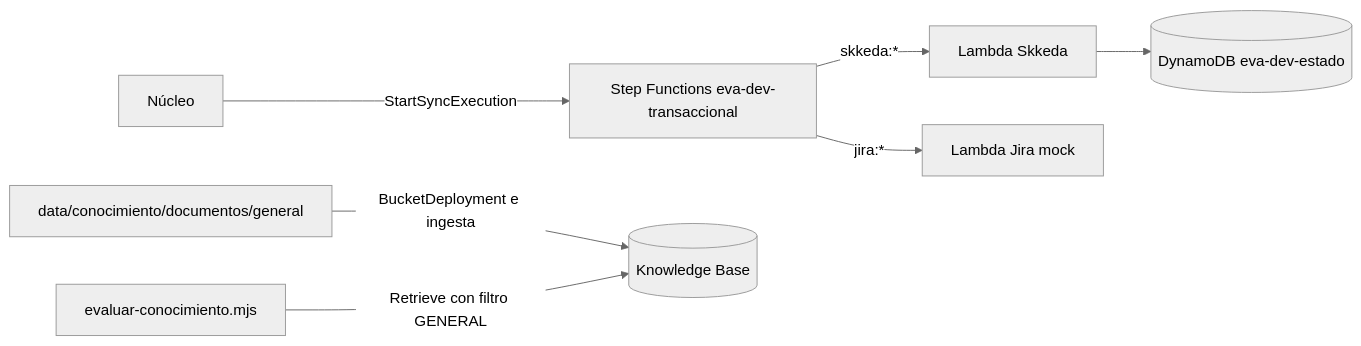
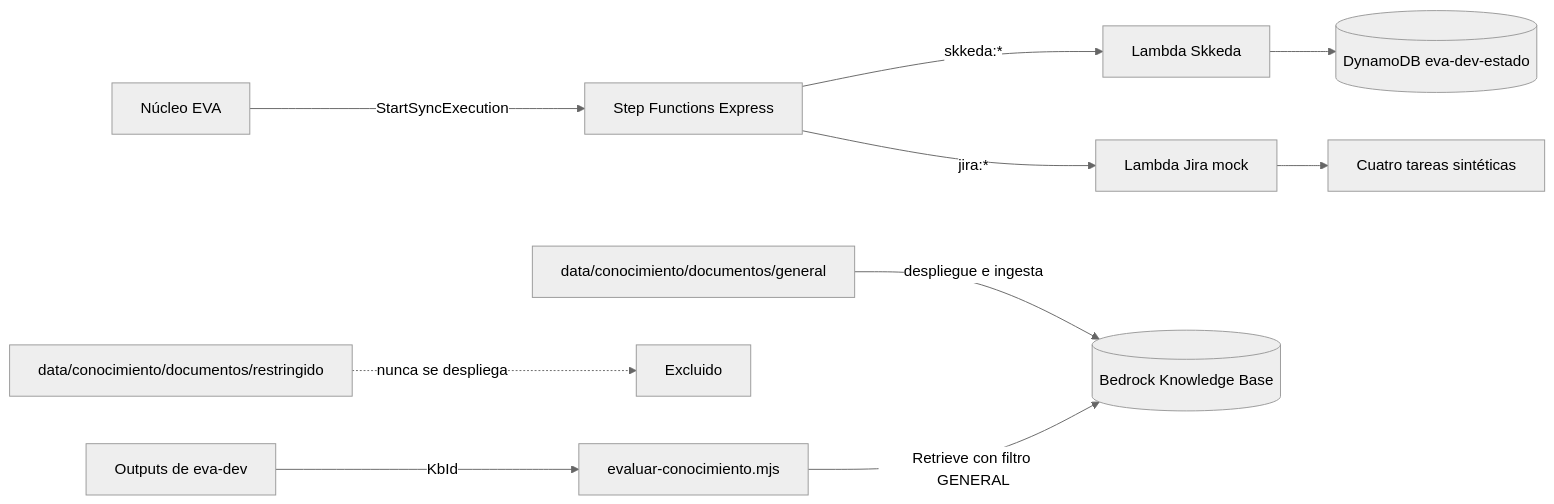
The diagram in .kiro/specs/conocimiento-y-acciones/design.md (xgaona/hackathon), drawn with Mermaid (neutral theme) before and after one commit. The commit also changed other lines of this file and 1 other file, not shown here.

````diff
--- a/.kiro/specs/conocimiento-y-acciones/design.md
+++ b/.kiro/specs/conocimiento-y-acciones/design.md
@@ -9,9 +29,13 @@
 ```mermaid
 flowchart LR
-    NU[Núcleo] -->|StartSyncExecution| SF[Step Functions eva-dev-transaccional]
+    N[Núcleo EVA] -->|StartSyncExecution| SF[Step Functions Express]
     SF -->|skkeda:*| SK[Lambda Skkeda]
     SF -->|jira:*| JI[Lambda Jira mock]
     SK --> DB[(DynamoDB eva-dev-estado)]
-    CO[data/conocimiento/documentos/general] -->|BucketDeployment e ingesta| KB[(Knowledge Base)]
-    EV[evaluar-conocimiento.mjs] -->|Retrieve con filtro GENERAL| KB
+    JI --> JT[Cuatro tareas sintéticas]
+
+    GEN[data/conocimiento/documentos/general] -->|despliegue e ingesta| KB[(Bedrock Knowledge Base)]
+    RES[data/conocimiento/documentos/restringido] -.->|nunca se despliega| X[Excluido]
+    CF[Outputs de eva-dev] -->|KbId| EV[evaluar-conocimiento.mjs]
+    EV -->|Retrieve con filtro GENERAL| KB
 ```
````
